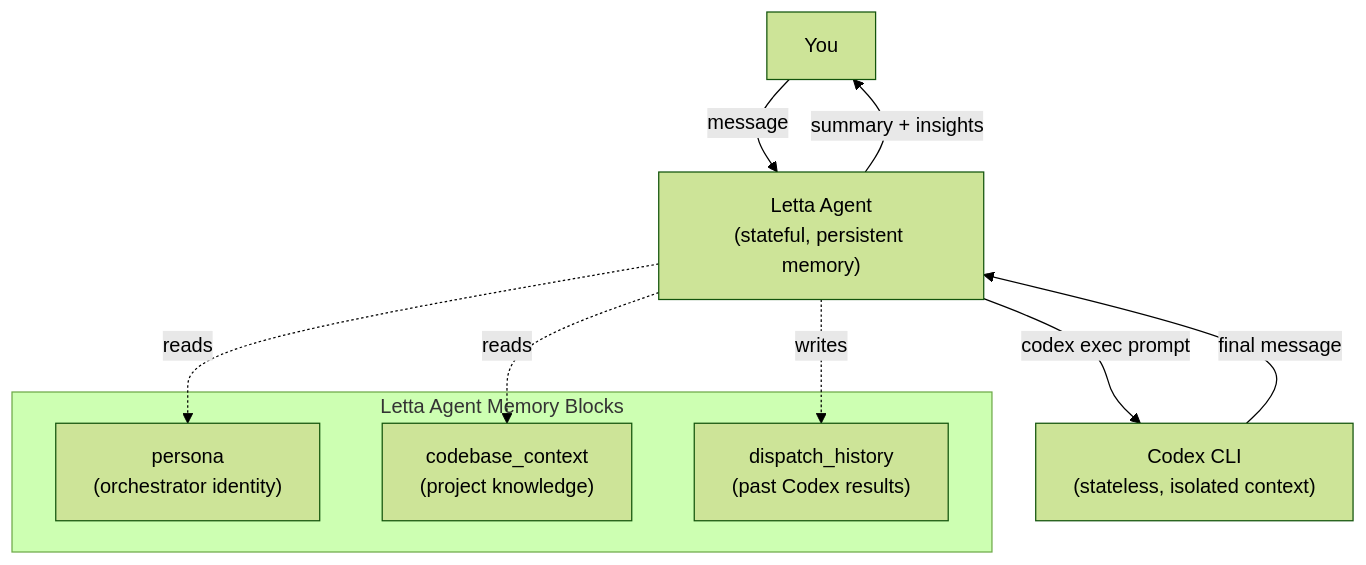
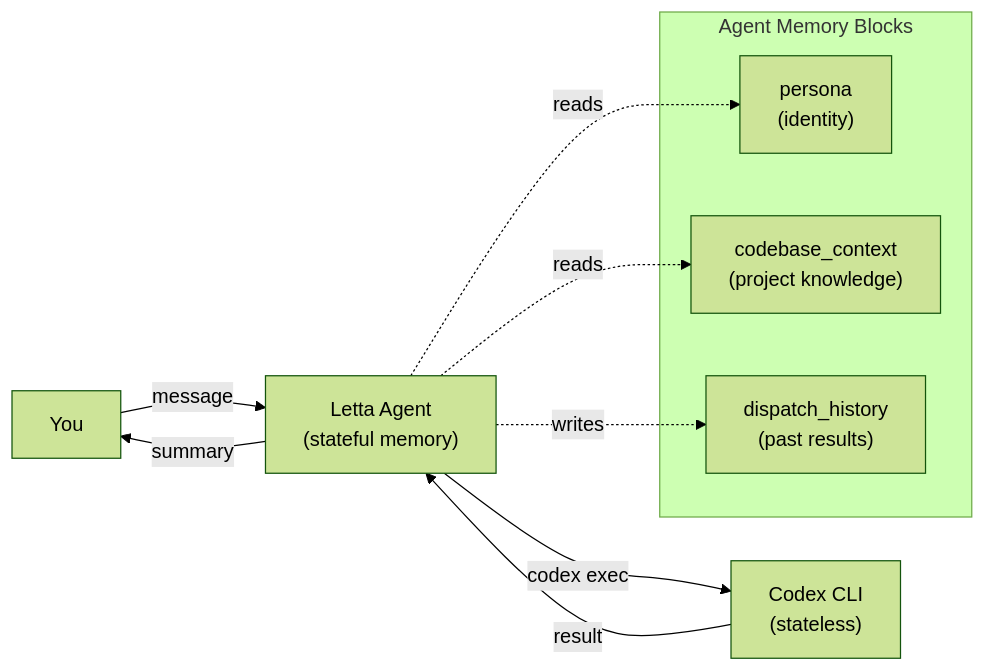
Before and after one commit to greedychipmunk/algodojo-xyz: the first of 3 diagrams in src/content/tutorials/letta-orchestrate-codex.mdx, drawn with Mermaid (forest theme).

Commit message:
fix: prevent label overlap in architecture diagram
Switch from flowchart TD to LR so the main pipeline runs horizontally
and the memory subgraph falls below without crossing edges. Shorten
edge and node labels to reduce collision risk.

👾 Generated with [Letta Code](https://letta.com)

````diff
--- a/src/content/tutorials/letta-orchestrate-codex.mdx
+++ b/src/content/tutorials/letta-orchestrate-codex.mdx
@@ -27,17 +27,17 @@
 ```mermaid
-flowchart TD
-    User["You"] -->|message| Agent["Letta Agent<br/>(stateful, persistent memory)"]
-    Agent -->|"codex exec prompt"| Codex["Codex CLI<br/>(stateless, isolated context)"]
-    Codex -->|"final message"| Agent
-    Agent -->|"summary + insights"| User
+flowchart LR
+    User["You"] -->|message| Agent["Letta Agent<br/>(stateful memory)"]
+    Agent -->|"codex exec"| Codex["Codex CLI<br/>(stateless)"]
+    Codex -->|result| Agent
+    Agent -->|summary| User
 
-    subgraph Memory ["Letta Agent Memory Blocks"]
-        Persona["persona<br/>(orchestrator identity)"]
+    subgraph Memory ["Agent Memory Blocks"]
+        Persona["persona<br/>(identity)"]
         Codebase["codebase_context<br/>(project knowledge)"]
-        History["dispatch_history<br/>(past Codex results)"]
+        History["dispatch_history<br/>(past results)"]
     end
 
-    Agent -.->|"reads"| Persona
-    Agent -.->|"reads"| Codebase
-    Agent -.->|"writes"| History
+    Agent -.->|reads| Persona
+    Agent -.->|reads| Codebase
+    Agent -.->|writes| History
 ```
````
